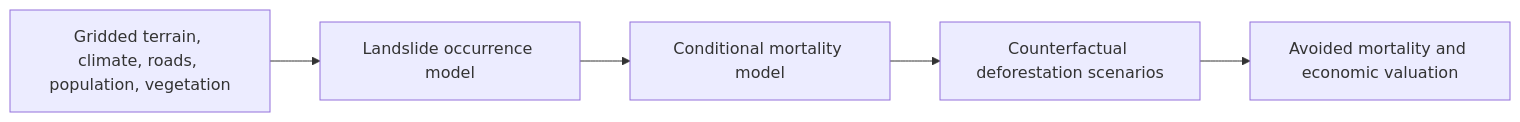
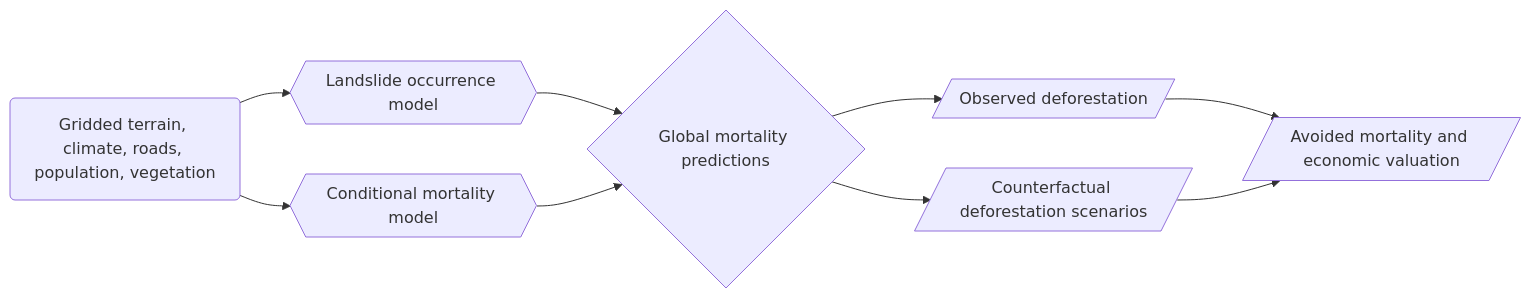
One commit to m-braaksma/landslide_mitigation changed the diagram in README.md. Above: the diagram before and after it, drawn with Mermaid.

Commit message:
Update mermaid shapes

````diff
--- a/README.md
+++ b/README.md
@@ -13,7 +13,11 @@
 ```mermaid
 flowchart LR
-    A[Gridded terrain, climate, roads, population, vegetation] --> B[Landslide occurrence model]
-    B --> C[Conditional mortality model]
-    C --> D[Counterfactual deforestation scenarios]
-    D --> E[Avoided mortality and economic valuation]
+    A(Gridded terrain, climate, roads, population, vegetation) --> B{{Landslide occurrence model}}
+    A --> C{{Conditional mortality model}}
+    B --> D{Global mortality predictions}
+    C --> D
+    D --> E[/Observed deforestation/]
+    D --> F[/Counterfactual deforestation scenarios/]
+    E --> G[/Avoided mortality and economic valuation/]
+    F --> G
 ```
````
